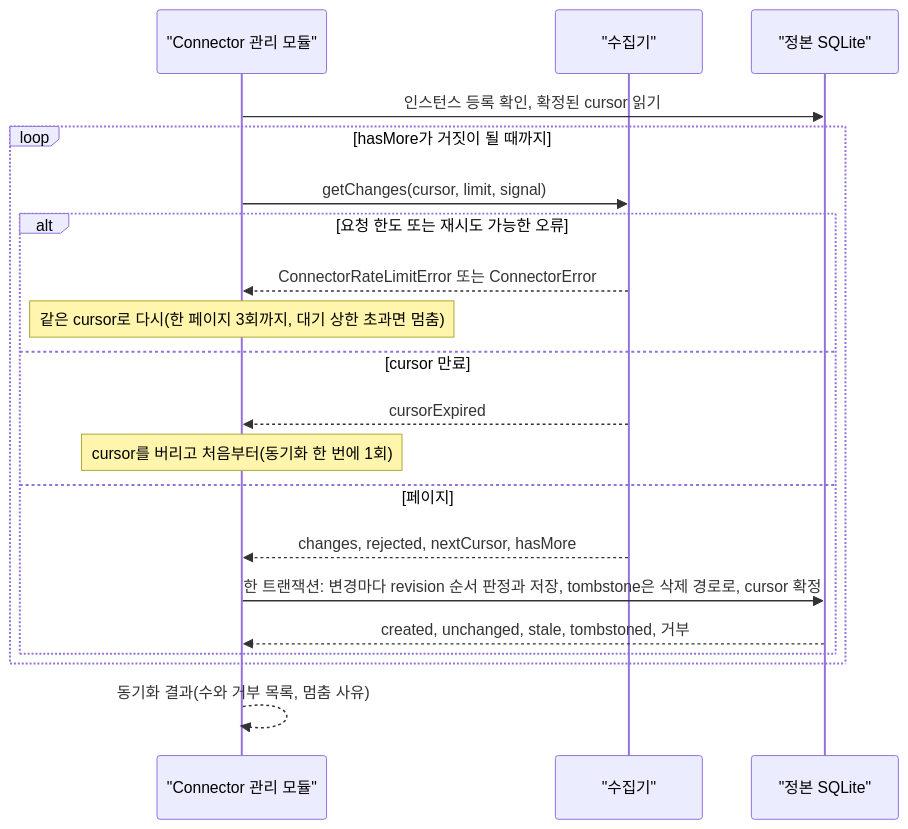
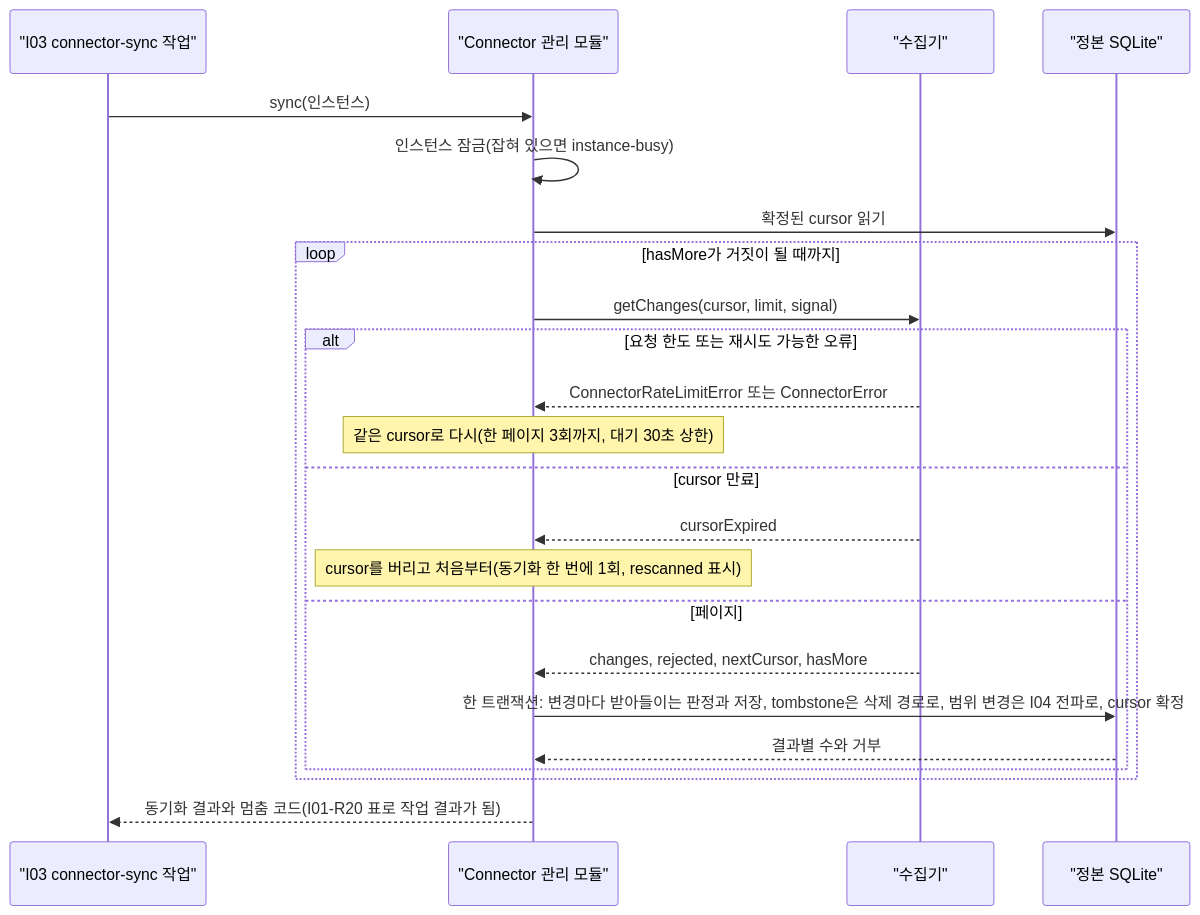
The first of 3 diagrams in docs/specs/2026-11-21-I01-connector-sdk.md (nohdol97/PKI), drawn with Mermaid before and after one commit. The commit also changed other lines of this file, not shown here.

````diff
--- a/docs/specs/2026-11-21-I01-connector-sdk.md
+++ b/docs/specs/2026-11-21-I01-connector-sdk.md
@@ -184,22 +400,25 @@
 ```mermaid
 sequenceDiagram
+  participant J as "I03 connector-sync 작업"
   participant M as "Connector 관리 모듈"
   participant C as "수집기"
   participant DB as "정본 SQLite"
-  M->>DB: 인스턴스 등록 확인, 확정된 cursor 읽기
+  J->>M: sync(인스턴스)
+  M->>M: 인스턴스 잠금(잡혀 있으면 instance-busy)
+  M->>DB: 확정된 cursor 읽기
   loop hasMore가 거짓이 될 때까지
     M->>C: getChanges(cursor, limit, signal)
     alt 요청 한도 또는 재시도 가능한 오류
       C-->>M: ConnectorRateLimitError 또는 ConnectorError
-      Note over M: 같은 cursor로 다시(한 페이지 3회까지, 대기 상한 초과면 멈춤)
+      Note over M: 같은 cursor로 다시(한 페이지 3회까지, 대기 30초 상한)
     else cursor 만료
       C-->>M: cursorExpired
-      Note over M: cursor를 버리고 처음부터(동기화 한 번에 1회)
+      Note over M: cursor를 버리고 처음부터(동기화 한 번에 1회, rescanned 표시)
     else 페이지
       C-->>M: changes, rejected, nextCursor, hasMore
-      M->>DB: 한 트랜잭션: 변경마다 revision 순서 판정과 저장, tombstone은 삭제 경로로, cursor 확정
-      DB-->>M: created, unchanged, stale, tombstoned, 거부
+      M->>DB: 한 트랜잭션: 변경마다 받아들이는 판정과 저장, tombstone은 삭제 경로로, 범위 변경은 I04 전파로, cursor 확정
+      DB-->>M: 결과별 수와 거부
     end
   end
-  M-->>M: 동기화 결과(수와 거부 목록, 멈춤 사유)
+  M-->>J: 동기화 결과와 멈춤 코드(I01-R20 표로 작업 결과가 됨)
 ```
````
